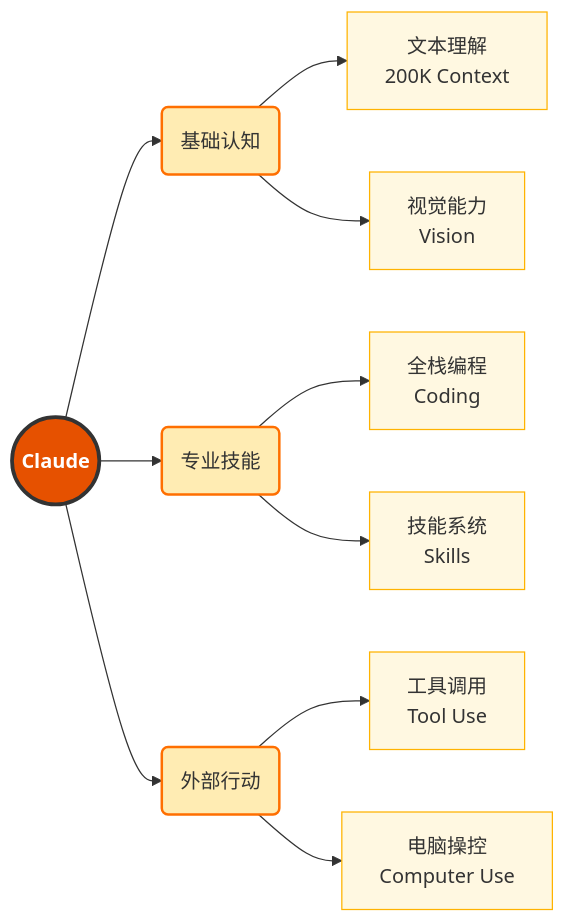
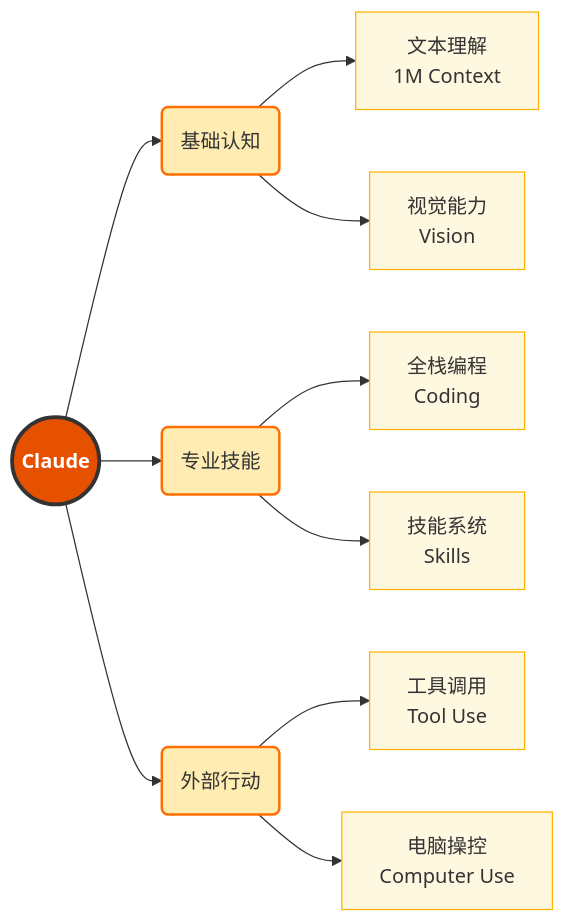
Before and after one commit to yeasy/claude_guide: the diagram in 01_intro/1.3_capabilities.md, drawn with Mermaid. The commit also changed 1 other file, not shown here.

Commit message:
Update context window from 200K to 1M

````diff
--- a/01_intro/1.3_capabilities.md
+++ b/01_intro/1.3_capabilities.md
@@ -71,25 +71,25 @@
 ```mermaid
 graph LR
     %% Styles
     classDef core fill:#E65100,stroke:#333,stroke-width:3px,color:white,font-weight:bold;
     classDef branch fill:#FFECB3,stroke:#FF6F00,stroke-width:2px,color:#333;
     classDef node fill:#FFF8E1,stroke:#FFB300,stroke-width:1px,color:#333;
 
     %% Nodes
     Root(("Claude")):::core
 
     %% Branch 1
     Root --> B1("基础认知"):::branch
-    B1 --> N1["文本理解<br>200K Context"]:::node
+    B1 --> N1["文本理解<br>1M Context"]:::node
     B1 --> N2["视觉能力<br>Vision"]:::node
 
     %% Branch 2
     Root --> B2("专业技能"):::branch
     B2 --> N3["全栈编程<br>Coding"]:::node
     B2 --> N4["技能系统<br>Skills"]:::node
 
     %% Branch 3
     Root --> B3("外部行动"):::branch
     B3 --> N5["工具调用<br>Tool Use"]:::node
     B3 --> N6["电脑操控<br>Computer Use"]:::node
 ```
````
